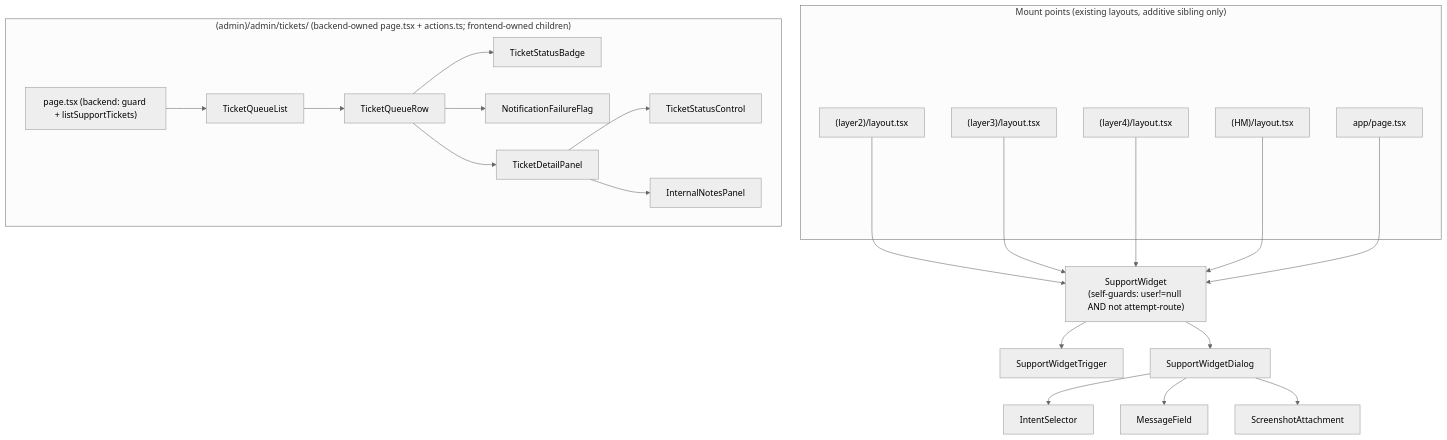
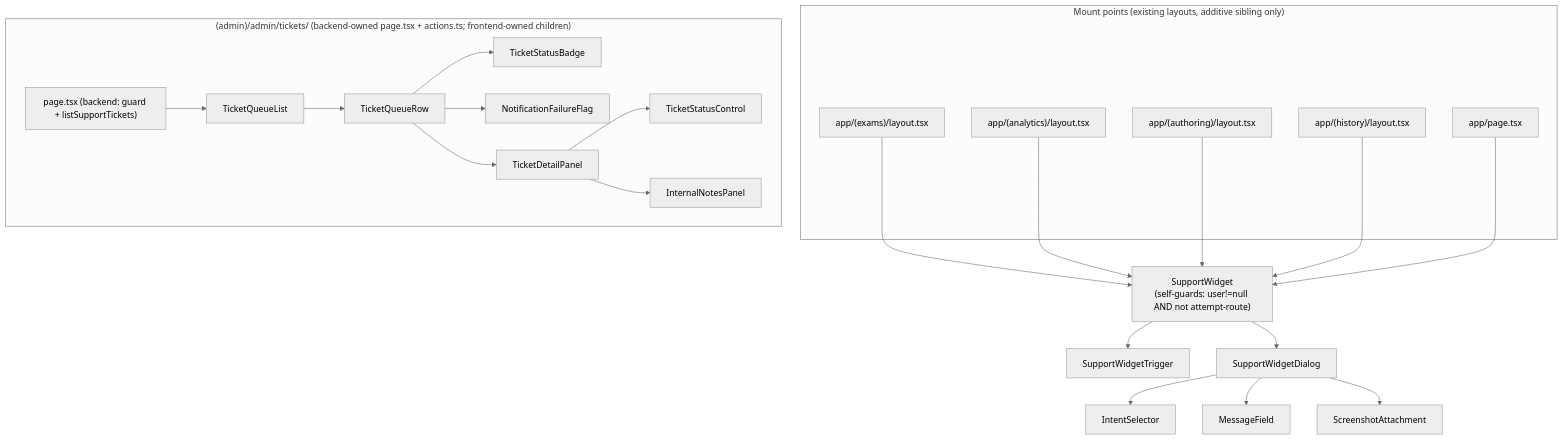
The second of 3 diagrams in docs/design/support-system-frontend-design.md (undetecteddeveloper/MS-MOLAR), drawn with Mermaid (neutral theme) before and after one commit. The commit also changed other lines of this file and 142 other files, not shown here.

````diff
--- a/docs/design/support-system-frontend-design.md
+++ b/docs/design/support-system-frontend-design.md
@@ -661,45 +661,45 @@
 ```mermaid
 flowchart TB
   subgraph MountPoints["Mount points (existing layouts, additive sibling only)"]
-    L2["(layer2)/layout.tsx"]
-    L3["(layer3)/layout.tsx"]
-    L4["(layer4)/layout.tsx"]
-    HM["(HM)/layout.tsx"]
+    L2["app/(exams)/layout.tsx"]
+    L3["app/(analytics)/layout.tsx"]
+    L4["app/(authoring)/layout.tsx"]
+    HM["app/(history)/layout.tsx"]
     HOME["app/page.tsx"]
   end
   SW["SupportWidget\n(self-guards: user!=null AND not attempt-route)"]
   TRIG["SupportWidgetTrigger"]
   DLG["SupportWidgetDialog"]
   IS["IntentSelector"]
   MF["MessageField"]
   SA["ScreenshotAttachment"]
 
   L2 --> SW
   L3 --> SW
   L4 --> SW
   HM --> SW
   HOME --> SW
   SW --> TRIG
   SW --> DLG
   DLG --> IS
   DLG --> MF
   DLG --> SA
 
   subgraph Admin["(admin)/admin/tickets/ (backend-owned page.tsx + actions.ts; frontend-owned children)"]
     PAGE["page.tsx (backend: guard + listSupportTickets)"]
     TQL["TicketQueueList"]
     TQR["TicketQueueRow"]
     TSB["TicketStatusBadge"]
     NFF["NotificationFailureFlag"]
     TDP["TicketDetailPanel"]
     TSC["TicketStatusControl"]
     INP["InternalNotesPanel"]
   end
   PAGE --> TQL
   TQL --> TQR
   TQR --> TSB
   TQR --> NFF
   TQR --> TDP
   TDP --> TSC
   TDP --> INP
 ```
````
